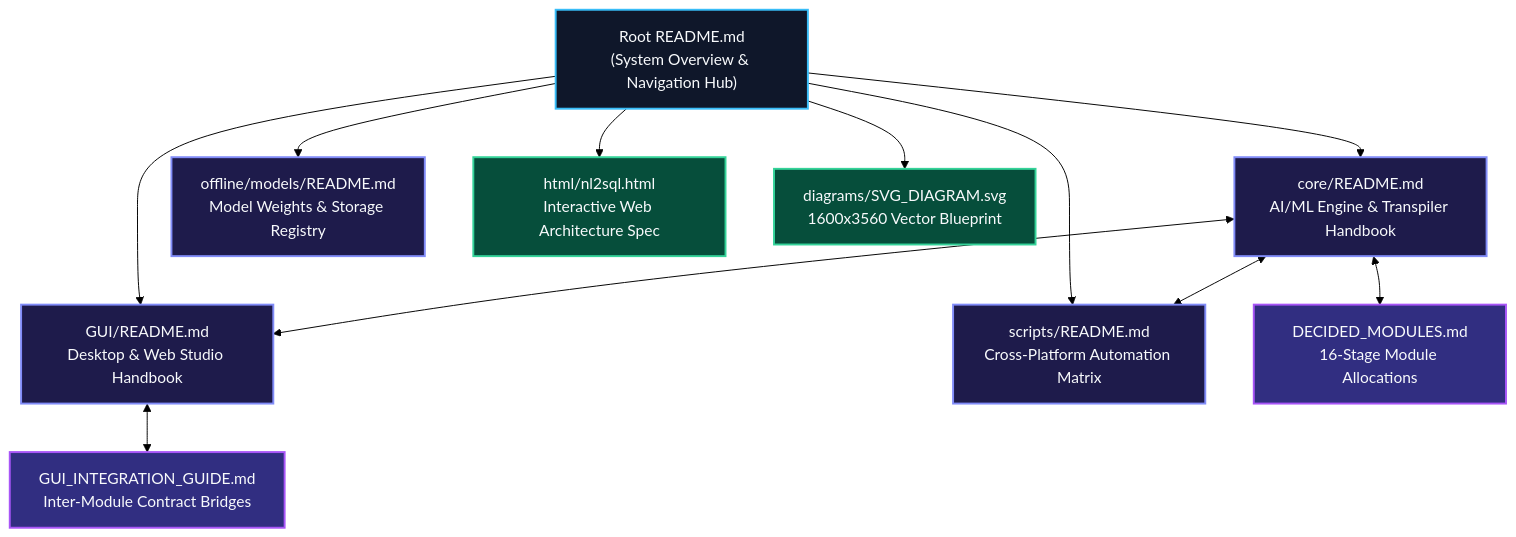
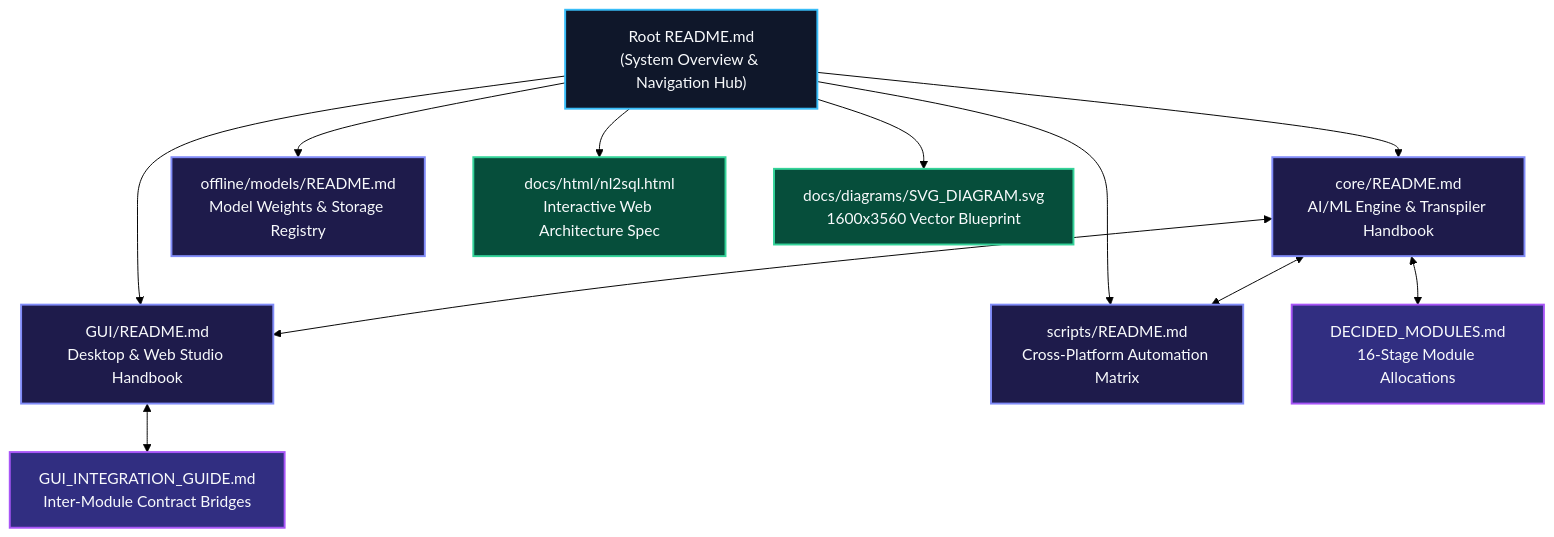
Before and after one commit to VanshikaKritiSingh/NL2SQL: the fifth of 5 diagrams in README.md, drawn with Mermaid (forest theme). The commit also changed other lines of this file and 36 other files, not shown here.

First line of the commit message:
feat(ai,gui,engine): add semantic architecture synthesis, refusal defense, and PEFT field models

````diff
--- a/README.md
+++ b/README.md
@@ -279,22 +283,22 @@
 ```mermaid
 flowchart TD
     classDef root fill:#0f172a,stroke:#38bdf8,stroke-width:2px,color:#f8fafc;
     classDef domain fill:#1e1b4b,stroke:#818cf8,stroke-width:2px,color:#f8fafc;
     classDef guide fill:#312e81,stroke:#a855f7,stroke-width:2px,color:#f8fafc;
     classDef visual fill:#064e3b,stroke:#34d399,stroke-width:2px,color:#f8fafc;
 
     ROOT["Root README.md<br/>(System Overview & Navigation Hub)"]:::root
 
     ROOT --> CORE["core/README.md<br/>AI/ML Engine & Transpiler Handbook"]:::domain
     ROOT --> GUI_DOC["GUI/README.md<br/>Desktop & Web Studio Handbook"]:::domain
     ROOT --> SCRIPTS_DOC["scripts/README.md<br/>Cross-Platform Automation Matrix"]:::domain
     ROOT --> MODELS_DOC["offline/models/README.md<br/>Model Weights & Storage Registry"]:::domain
 
-    ROOT --> SPEC_HTML["html/nl2sql.html<br/>Interactive Web Architecture Spec"]:::visual
-    ROOT --> DIAGRAM_SVG["diagrams/SVG_DIAGRAM.svg<br/>1600x3560 Vector Blueprint"]:::visual
+    ROOT --> SPEC_HTML["docs/html/nl2sql.html<br/>Interactive Web Architecture Spec"]:::visual
+    ROOT --> DIAGRAM_SVG["docs/diagrams/SVG_DIAGRAM.svg<br/>1600x3560 Vector Blueprint"]:::visual
 
     CORE <--> GUI_DOC
     CORE <--> SCRIPTS_DOC
     GUI_DOC <--> GUI_GUIDE["GUI_INTEGRATION_GUIDE.md<br/>Inter-Module Contract Bridges"]:::guide
     CORE <--> DECIDED["DECIDED_MODULES.md<br/>16-Stage Module Allocations"]:::guide
 ```
````
